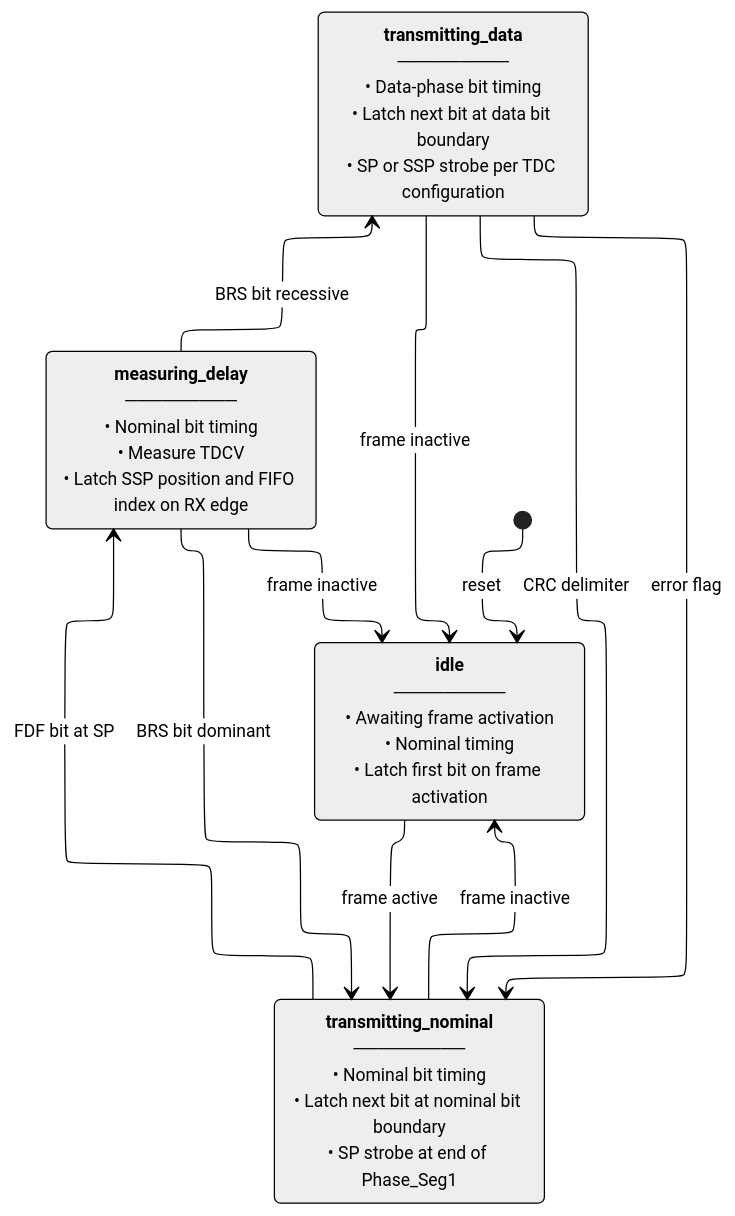
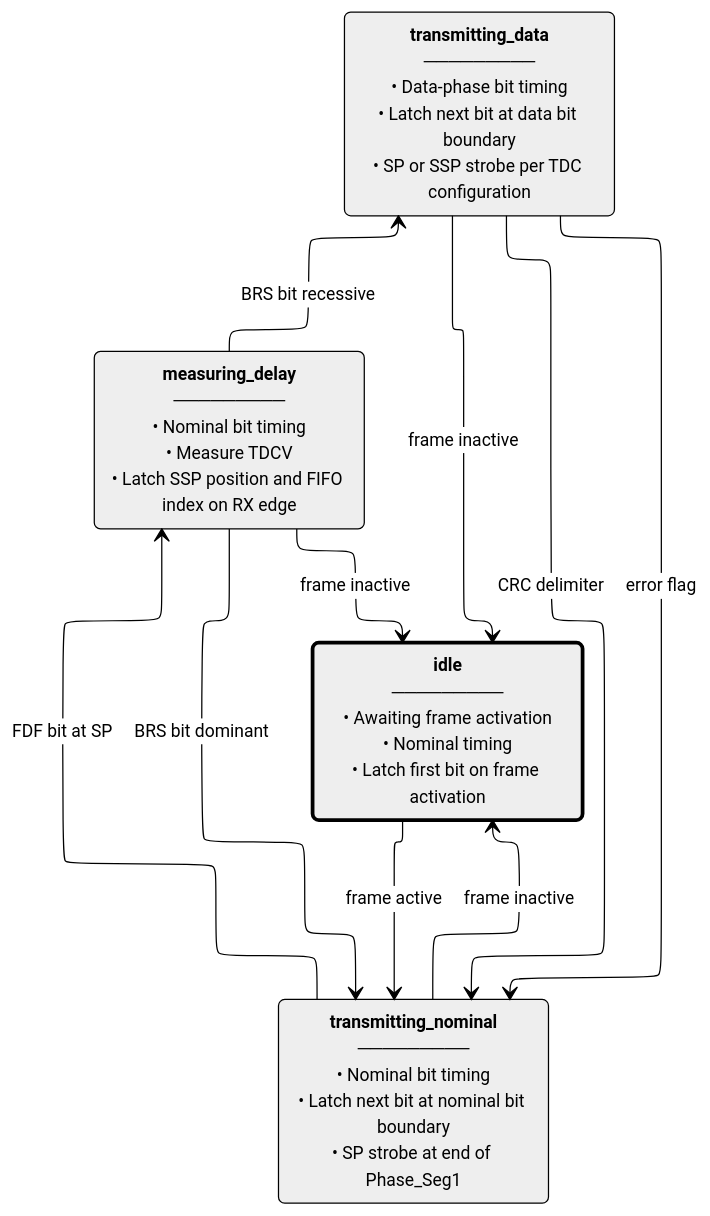
One commit to madsr2d2/beng_thesis changed the second of 2 diagrams in docs/report.md. Above: the diagram before and after it, drawn with Mermaid. The commit also changed other lines of this file and 32 other files, not shown here.

````diff
--- a/docs/report.md
+++ b/docs/report.md
@@ -928,36 +922,38 @@
 ```{.mermaid #fig:can-pcs-tx fig-width=0.6 caption="can_pcs_tx FSM. The measuring_delay state is entered on the FDF sample point to measure TDCV (Transmitter Delay Compensation Value, [@iso11898_1, sec. 7.3.4]). The BRS bit boundary determines whether data-phase timing is used. All non-idle states return to idle when the frame becomes inactive."}
 ---
 config:
   layout: elk
   elk:
     algorithm: layered
     mergeEdges: false
     nodePlacementStrategy: LINEAR_SEGMENTS
   look: classic
   theme: neutral
   themeVariables:
     fontFamily: "Libertinus Serif, Noto Serif, serif"
     fontSize: "14px"
     primaryTextColor: "#000"
 ---
 stateDiagram-v2
 
+  classDef reset stroke:#000,stroke-width:3px
+
   state "**idle**<br/>─────────<br/>• Awaiting frame activation<br/>• Nominal timing<br/>• Latch first bit on frame activation" as idle_s
+  class idle_s reset
   state "**transmitting_nominal**<br/>─────────<br/>• Nominal bit timing<br/>• Latch next bit at nominal bit boundary<br/>• SP strobe at end of Phase_Seg1" as nom_s
   state "**measuring_delay**<br/>─────────<br/>• Nominal bit timing<br/>• Measure TDCV<br/>• Latch SSP position and FIFO index on RX edge" as meas_s
   state "**transmitting_data**<br/>─────────<br/>• Data-phase bit timing<br/>• Latch next bit at data bit boundary<br/>• SP or SSP strobe per TDC configuration" as data_s
 
-  [*] --> idle_s : reset
   idle_s --> nom_s : frame active
 
   nom_s --> idle_s : frame inactive
   nom_s --> meas_s : FDF bit at SP
 
   meas_s --> idle_s : frame inactive
   meas_s --> data_s : BRS bit recessive
   meas_s --> nom_s : BRS bit dominant
 
   data_s --> idle_s : frame inactive
   data_s --> nom_s : CRC delimiter
   data_s --> nom_s : error flag
 ```
````
